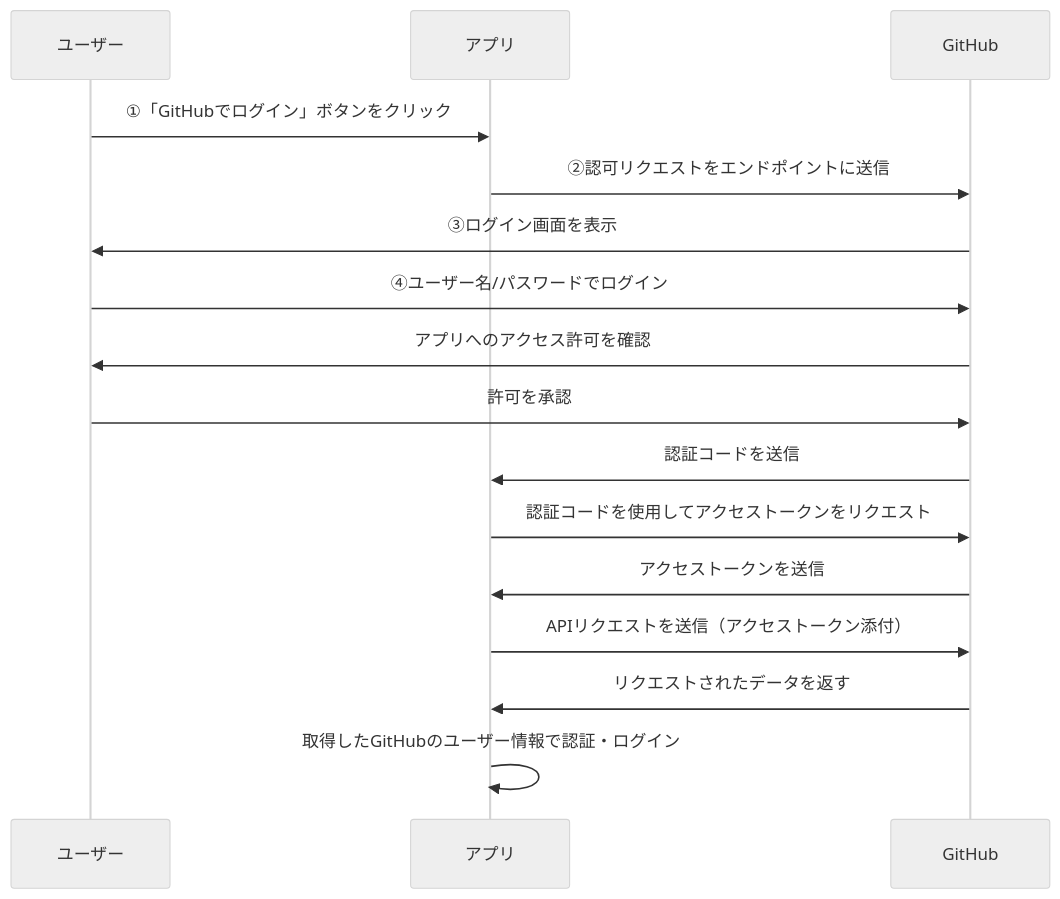
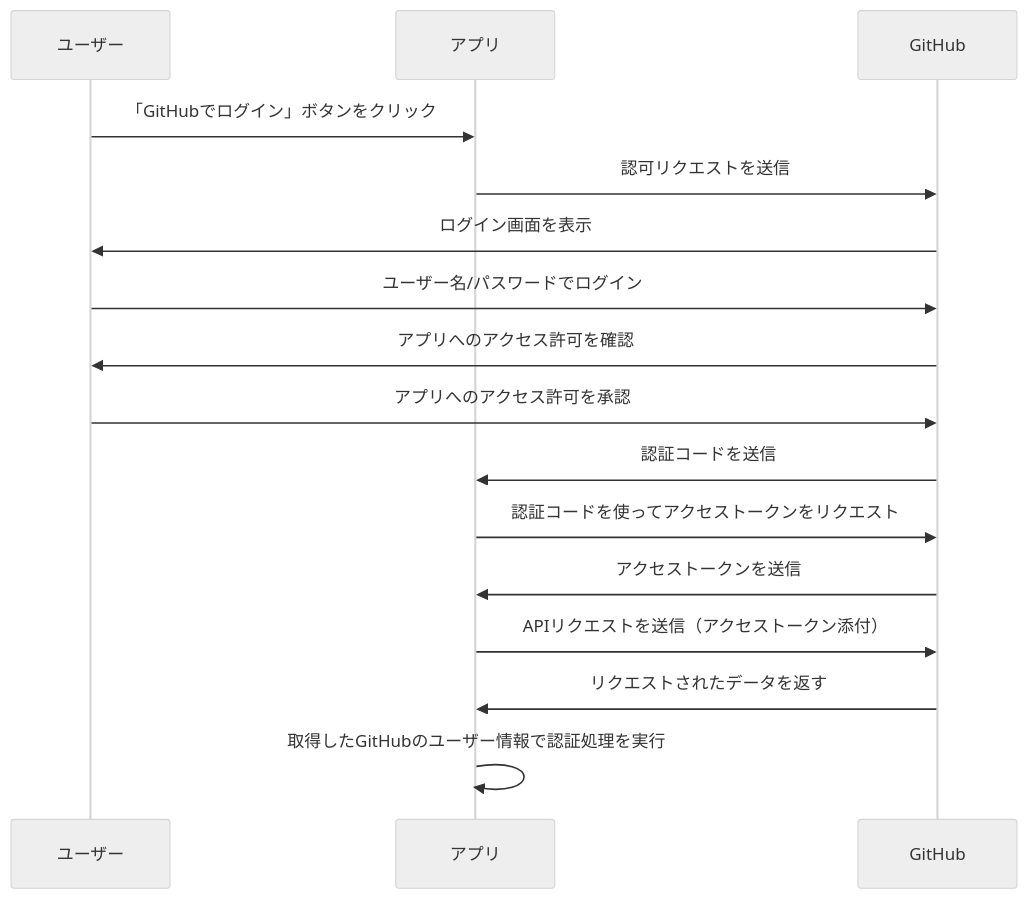
One commit to otaki0413/zenn-connects changed the second of 2 diagrams in articles/oauth-and-social-auth.md. Above: the diagram before and after it, drawn with Mermaid (neutral theme). The commit also changed other lines of this file, not shown here.

````diff
--- a/articles/oauth-and-social-auth.md
+++ b/articles/oauth-and-social-auth.md
@@ -143,19 +141,19 @@
 ```mermaid
 sequenceDiagram
     participant User as ユーザー
     participant App as アプリ
     participant GitHub as GitHub
 
-    User->>App: ①「GitHubでログイン」ボタンをクリック
-    App->>GitHub: ②認可リクエストをエンドポイントに送信
-    GitHub->>User: ③ログイン画面を表示
-    User->>GitHub: ④ユーザー名/パスワードでログイン
+    User->>App: 「GitHubでログイン」ボタンをクリック
+    App->>GitHub: 認可リクエストを送信
+    GitHub->>User: ログイン画面を表示
+    User->>GitHub: ユーザー名/パスワードでログイン
     GitHub->>User: アプリへのアクセス許可を確認
-    User->>GitHub: 許可を承認
+    User->>GitHub: アプリへのアクセス許可を承認
     GitHub->>App: 認証コードを送信
-    App->>GitHub: 認証コードを使用してアクセストークンをリクエスト
+    App->>GitHub: 認証コードを使ってアクセストークンをリクエスト
     GitHub->>App: アクセストークンを送信
     App->>GitHub: APIリクエストを送信（アクセストークン添付）
     GitHub->>App: リクエストされたデータを返す
-    App->>App: 取得したGitHubのユーザー情報で認証・ログイン
+    App->>App: 取得したGitHubのユーザー情報で認証処理を実行
 ```
````
